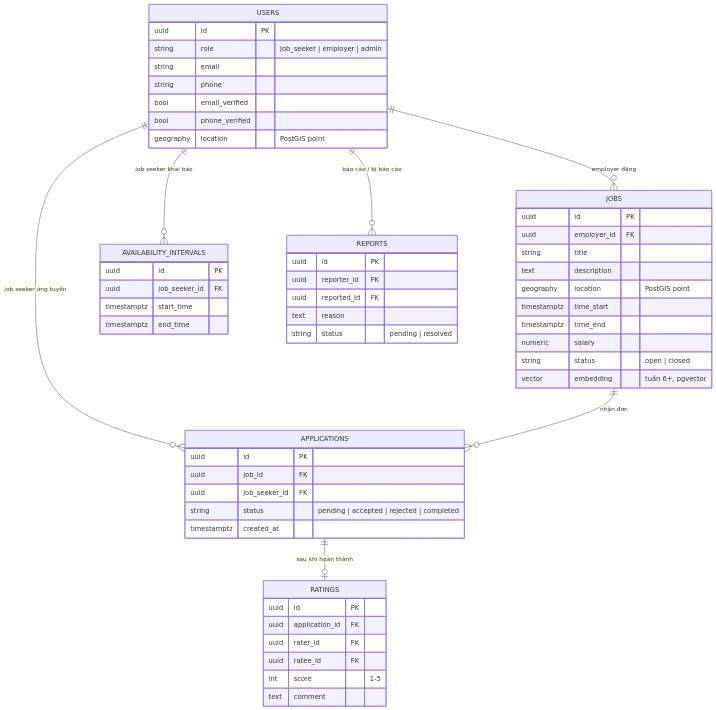
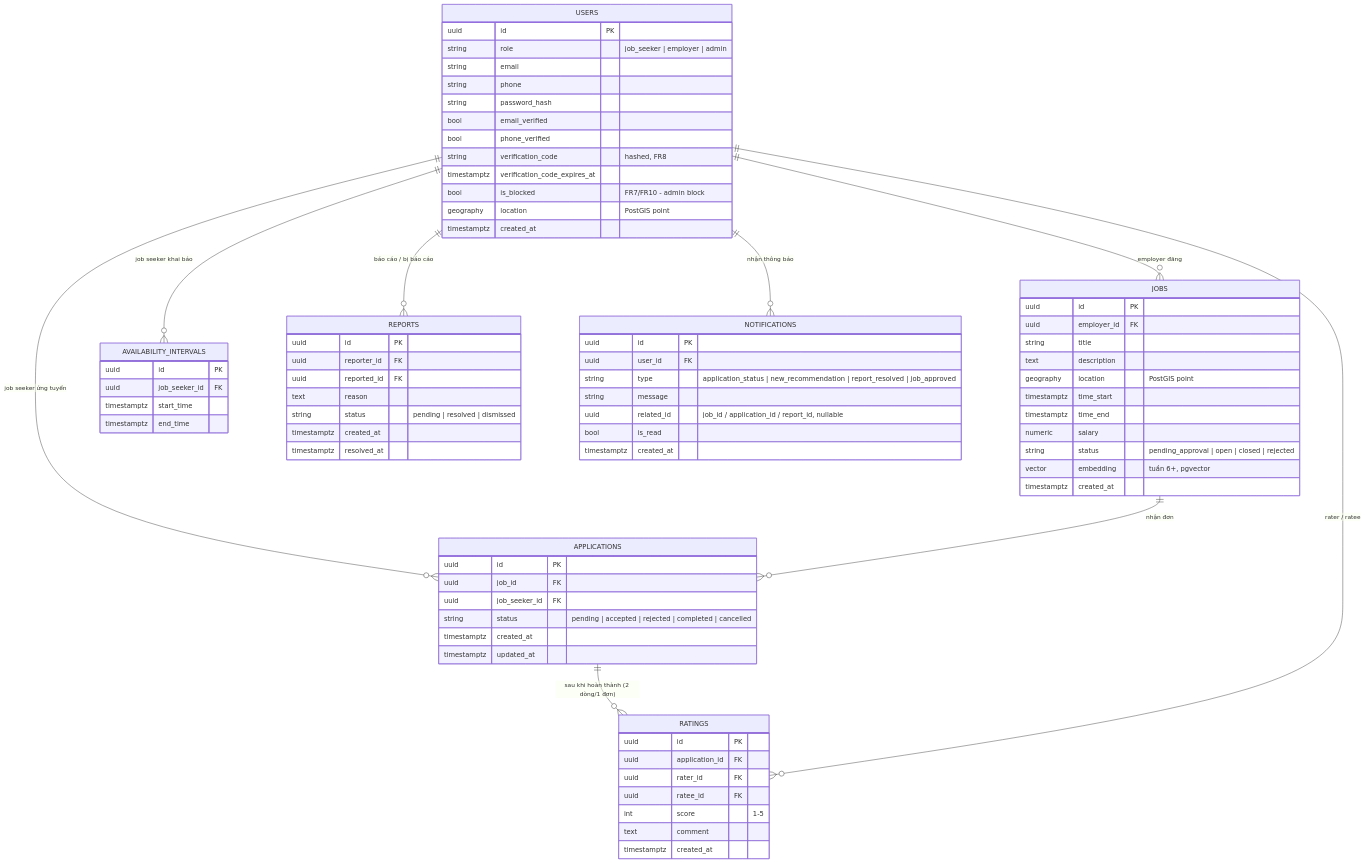
One commit to VanSyx/DATN_TimViecPartTime changed the diagram in docs/design/erd.md. Above: the diagram before and after it, drawn with Mermaid. The commit also changed other lines of this file and 4 other files, not shown here.

````diff
--- a/docs/design/erd.md
+++ b/docs/design/erd.md
@@ -5,59 +5,80 @@
 ```mermaid
 erDiagram
     USERS ||--o{ JOBS : "employer đăng"
     USERS ||--o{ AVAILABILITY_INTERVALS : "job seeker khai báo"
     USERS ||--o{ APPLICATIONS : "job seeker ứng tuyển"
     JOBS ||--o{ APPLICATIONS : "nhận đơn"
-    APPLICATIONS ||--o| RATINGS : "sau khi hoàn thành"
+    APPLICATIONS ||--o{ RATINGS : "sau khi hoàn thành (2 dòng/1 đơn)"
+    USERS ||--o{ RATINGS : "rater / ratee"
     USERS ||--o{ REPORTS : "báo cáo / bị báo cáo"
+    USERS ||--o{ NOTIFICATIONS : "nhận thông báo"
 
     USERS {
         uuid id PK
         string role "job_seeker | employer | admin"
         string email
         string phone
+        string password_hash
         bool email_verified
         bool phone_verified
+        string verification_code "hashed, FR8"
+        timestamptz verification_code_expires_at
+        bool is_blocked "FR7/FR10 - admin block"
         geography location "PostGIS point"
+        timestamptz created_at
     }
     JOBS {
         uuid id PK
         uuid employer_id FK
         string title
         text description
         geography location "PostGIS point"
         timestamptz time_start
         timestamptz time_end
         numeric salary
-        string status "open | closed"
+        string status "pending_approval | open | closed | rejected"
         vector embedding "tuần 6+, pgvector"
+        timestamptz created_at
     }
     AVAILABILITY_INTERVALS {
         uuid id PK
         uuid job_seeker_id FK
         timestamptz start_time
         timestamptz end_time
     }
     APPLICATIONS {
         uuid id PK
         uuid job_id FK
         uuid job_seeker_id FK
-        string status "pending | accepted | rejected | completed"
+        string status "pending | accepted | rejected | completed | cancelled"
         timestamptz created_at
+        timestamptz updated_at
     }
     RATINGS {
         uuid id PK
         uuid application_id FK
         uuid rater_id FK
         uuid ratee_id FK
         int score "1-5"
         text comment
+        timestamptz created_at
     }
     REPORTS {
         uuid id PK
         uuid reporter_id FK
         uuid reported_id FK
         text reason
-        string status "pending | resolved"
+        string status "pending | resolved | dismissed"
+        timestamptz created_at
+        timestamptz resolved_at
+    }
+    NOTIFICATIONS {
+        uuid id PK
+        uuid user_id FK
+        string type "application_status | new_recommendation | report_resolved | job_approved"
+        string message
+        uuid related_id "job_id / application_id / report_id, nullable"
+        bool is_read
+        timestamptz created_at
     }
 ```
````
